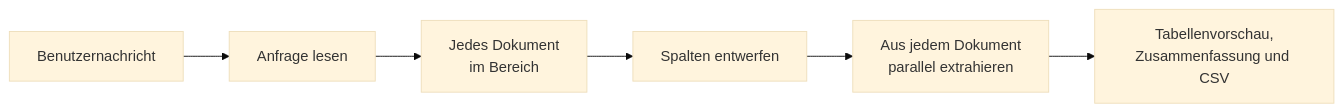
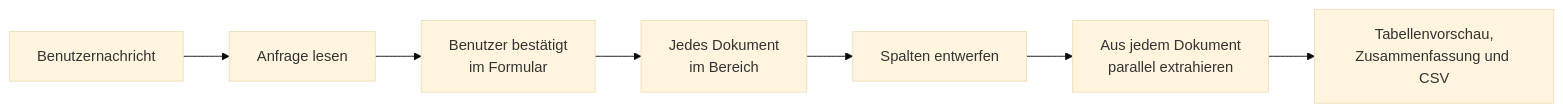
Before and after one commit to bbvch-ai/aihub-core: the diagram in docs/docs/2_platform/5_agents/14_knowledge_extraction_agent/index.de.md, drawn with Mermaid (base theme). The commit also changed other lines of this file and 9 other files, not shown here.

````diff
--- a/docs/docs/2_platform/5_agents/14_knowledge_extraction_agent/index.de.md
+++ b/docs/docs/2_platform/5_agents/14_knowledge_extraction_agent/index.de.md
@@ -26,8 +26,9 @@
 ```mermaid
 flowchart LR
     A[Benutzernachricht] --> B[Anfrage lesen]
-    B --> C[Jedes Dokument<br/>im Bereich]
-    C --> D[Spalten entwerfen]
-    D --> E[Aus jedem Dokument<br/>parallel extrahieren]
-    E --> F[Tabellenvorschau,<br/>Zusammenfassung und CSV]
+    B --> C[Benutzer bestätigt<br/>im Formular]
+    C --> D[Jedes Dokument<br/>im Bereich]
+    D --> E[Spalten entwerfen]
+    E --> F[Aus jedem Dokument<br/>parallel extrahieren]
+    F --> G[Tabellenvorschau,<br/>Zusammenfassung und CSV]
 ```
````
